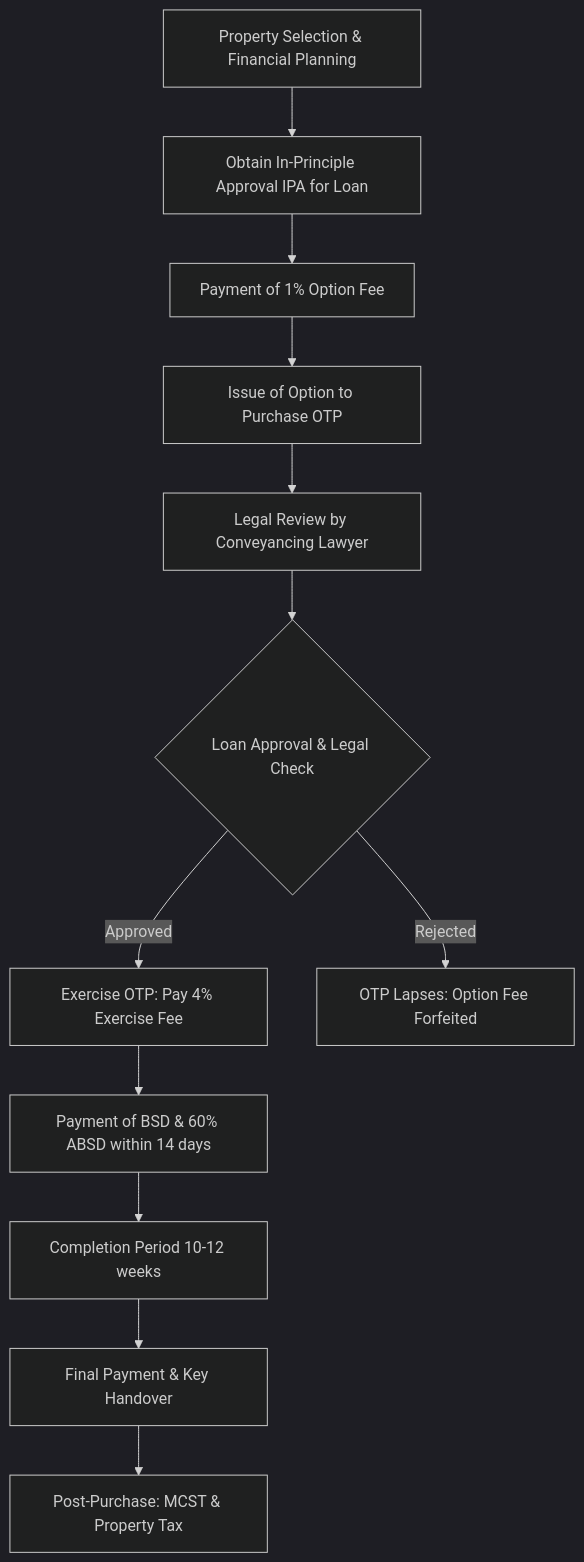
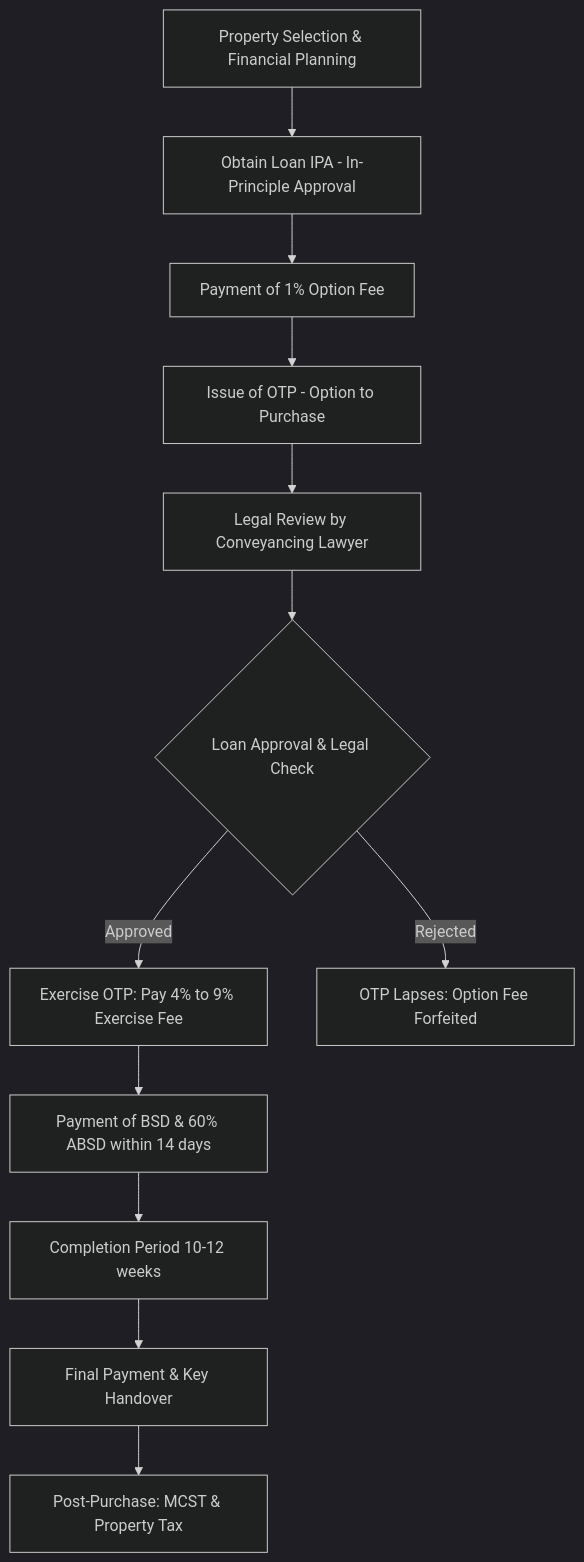
The diagram in research/sg/document_2a.md (pizzlemank/tj_research), drawn with Mermaid (dark theme) before and after one commit. The commit also changed other lines of this file and 6 other files, not shown here.

````diff
--- a/research/sg/document_2a.md
+++ b/research/sg/document_2a.md
@@ -59,14 +60,14 @@
 ```mermaid
 graph TD
-    A[Property Selection & Financial Planning] --> B[Obtain In-Principle Approval IPA for Loan]
+    A[Property Selection & Financial Planning] --> B[Obtain Loan IPA - In-Principle Approval]
     B --> C[Payment of 1% Option Fee]
-    C --> D[Issue of Option to Purchase OTP]
+    C --> D[Issue of OTP - Option to Purchase]
     D --> E[Legal Review by Conveyancing Lawyer]
     E --> F{Loan Approval & Legal Check}
-    F -- Approved --> G[Exercise OTP: Pay 4% Exercise Fee]
+    F -- Approved --> G[Exercise OTP: Pay 4% to 9% Exercise Fee]
     F -- Rejected --> Z[OTP Lapses: Option Fee Forfeited]
     G --> H[Payment of BSD & 60% ABSD within 14 days]
     H --> I[Completion Period 10-12 weeks]
     I --> J[Final Payment & Key Handover]
     J --> K[Post-Purchase: MCST & Property Tax]
 ```
````
